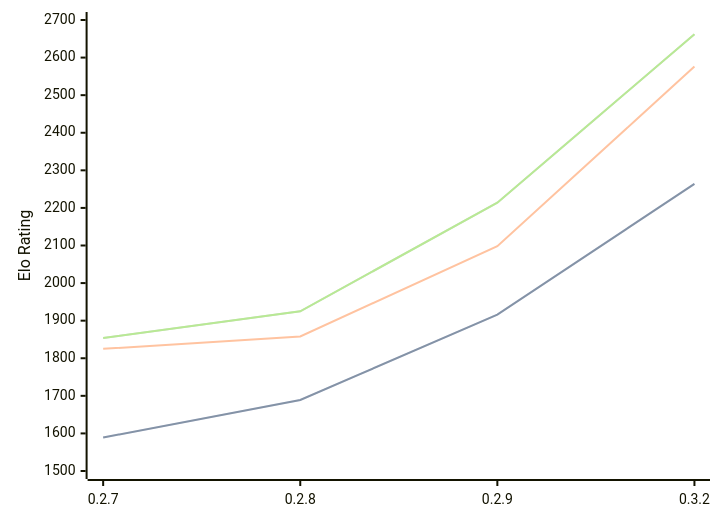
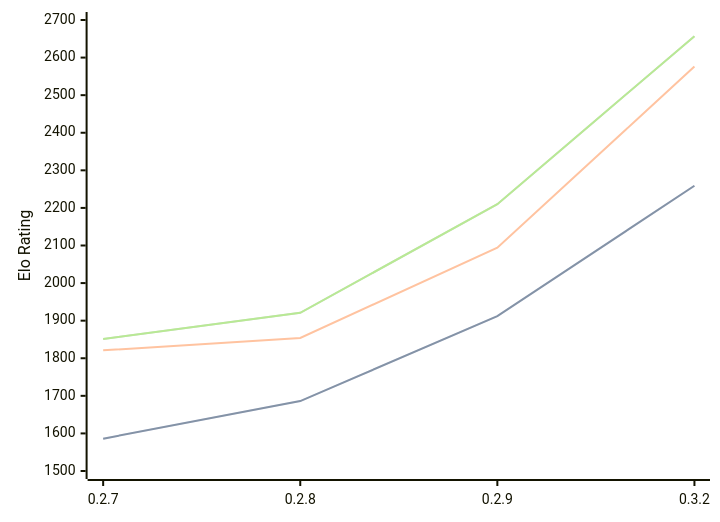
One commit to computer-chess-index/cci changed the first of 3 diagrams in engines/Dual.md. Above: the diagram before and after it, drawn with Mermaid. The commit also changed other lines of this file, not shown here.

Commit message:
Update CCI Ratings (ELO VLTC) - 2026-07-16

````diff
--- a/engines/Dual.md
+++ b/engines/Dual.md
@@ -44,11 +44,11 @@
 ```mermaid
 %%{init: {"theme":"base","themeVariables":{"seriesColors:['#a3a3a3','#222221','#faa371']}}}%%
 xychart-beta
   x-axis ["0.2.7", "0.2.8", "0.2.9", "0.3.2"]
   y-axis "Elo Rating" 1500 --> 2700
-  line "STC (8.0+0.08s)" [1589, 1689, 1916, 2264]
-  line "STC (8.0+0.08s)" [1589, 1689, 1916, 2264]
-  line "LTC (60.0+0.60s)" [1825, 1858, 2098, 2576]
-  line "VLTC (2m24s+1.12s)" [1854, 1925, 2214, 2662]
-  line "VLTC (2m24s+1.12s)" [1854, 1925, 2214, 2662]
+  line "STC (8.0+0.08s)" [1586, 1686, 1912, 2259]
+  line "STC (8.0+0.08s)" [1586, 1686, 1912, 2259]
+  line "LTC (60.0+0.60s)" [1821, 1854, 2094, 2576]
+  line "VLTC (2m24s+1.12s)" [1851, 1921, 2210, 2657]
+  line "VLTC (2m24s+1.12s)" [1851, 1921, 2210, 2657]
 ```
````
